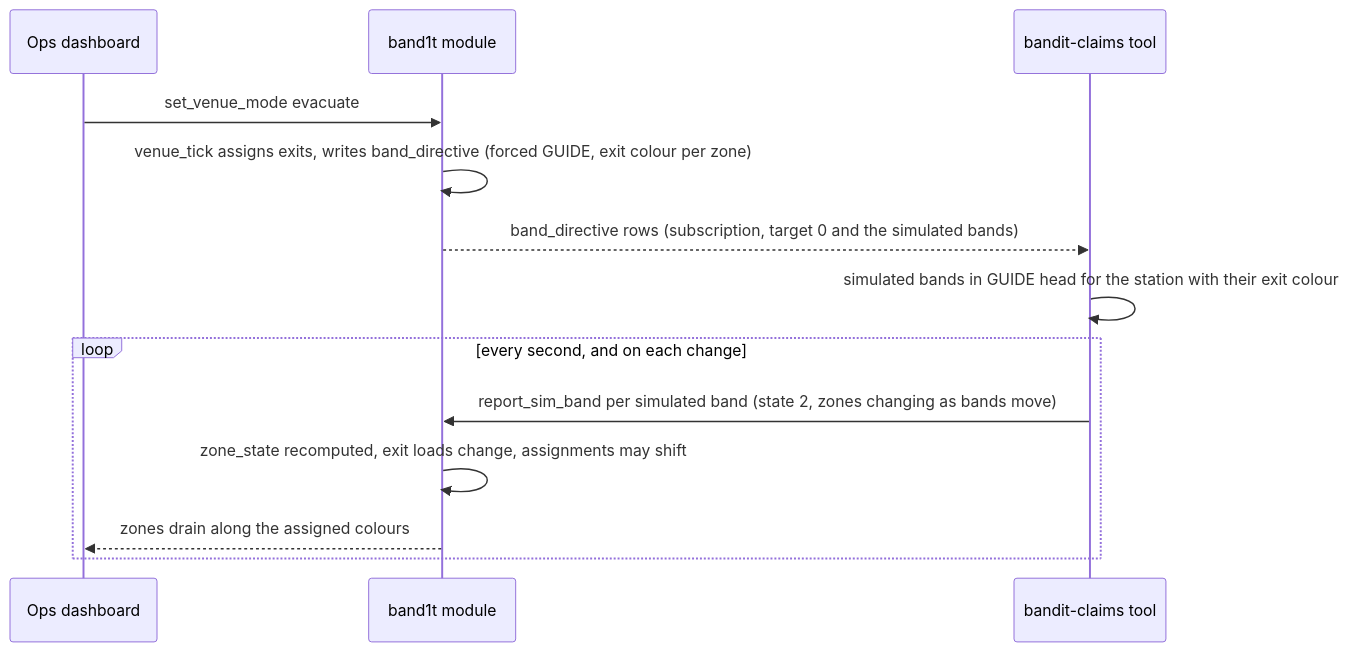
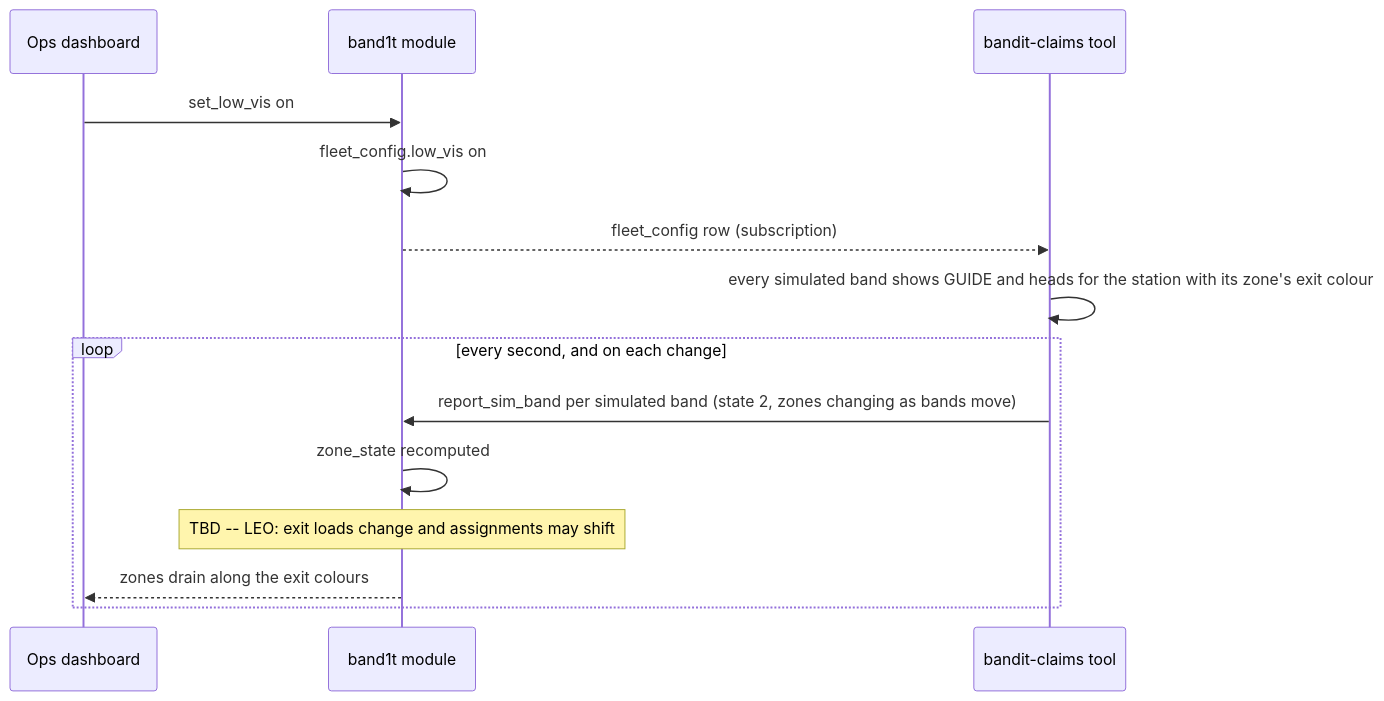
One commit to viktorinkov/cal-hacks-13 changed the second of 2 diagrams in System Design/3-services/Simulator.md. Above: the diagram before and after it, drawn with Mermaid. The commit also changed other lines of this file and 20 other files, not shown here.

````diff
--- a/System Design/3-services/Simulator.md
+++ b/System Design/3-services/Simulator.md
@@ -108,15 +111,16 @@
 ```mermaid
 sequenceDiagram
     participant O as Ops dashboard
     participant M as band1t module
     participant S as bandit-claims tool
-    O->>M: set_venue_mode evacuate
-    M->>M: venue_tick assigns exits, writes band_directive (forced GUIDE, exit colour per zone)
-    M-->>S: band_directive rows (subscription, target 0 and the simulated bands)
-    S->>S: simulated bands in GUIDE head for the station with their exit colour
+    O->>M: set_low_vis on
+    M->>M: fleet_config.low_vis on
+    M-->>S: fleet_config row (subscription)
+    S->>S: every simulated band shows GUIDE and heads for the station with its zone's exit colour
     loop every second, and on each change
         S->>M: report_sim_band per simulated band (state 2, zones changing as bands move)
-        M->>M: zone_state recomputed, exit loads change, assignments may shift
-        M-->>O: zones drain along the assigned colours
+        M->>M: zone_state recomputed
+        Note over M: TBD -- LEO: exit loads change and assignments may shift
+        M-->>O: zones drain along the exit colours
     end
 ```
````
